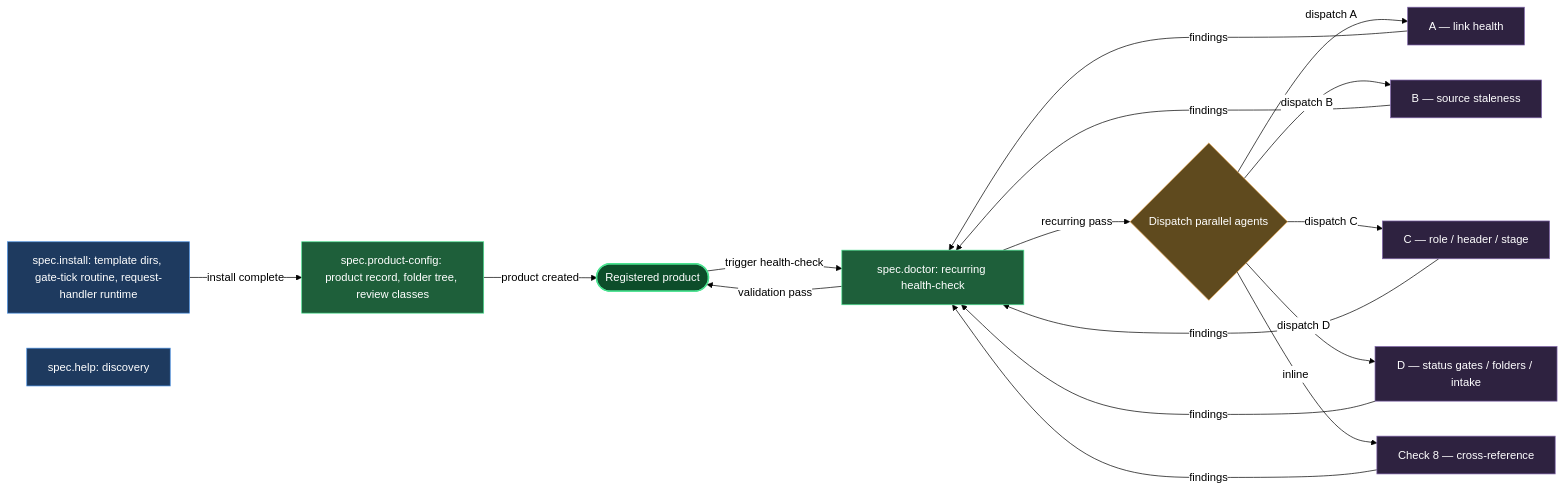
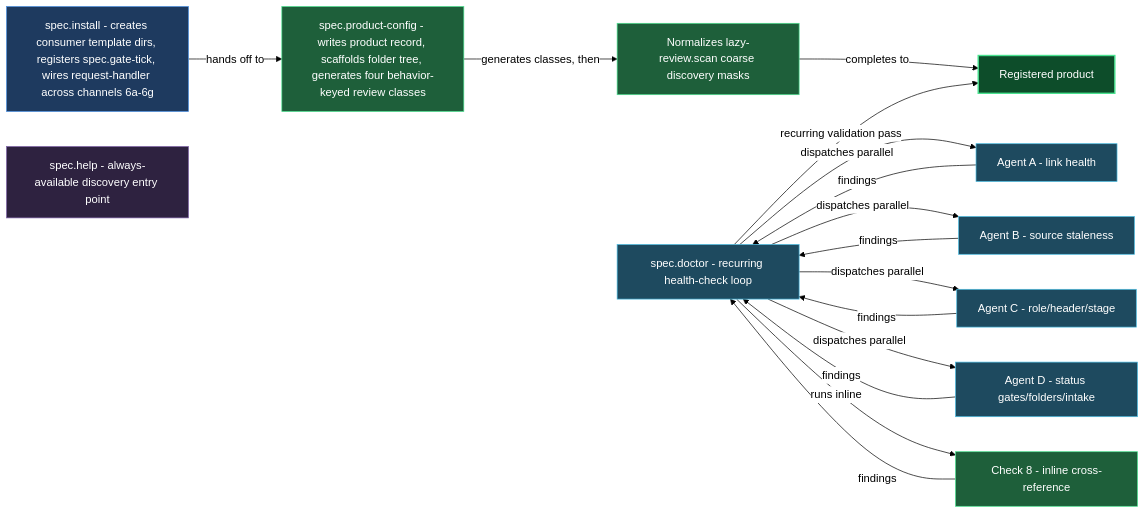
Before and after one commit to mebius-san/lazy-cortex: the diagram in claude/lazycortex-specs/help/install-and-audit.md, drawn with Mermaid. The commit also changed other lines of this file and 37 other files, not shown here.

````diff
--- a/claude/lazycortex-specs/help/install-and-audit.md
+++ b/claude/lazycortex-specs/help/install-and-audit.md
@@ -66,49 +66,48 @@
 ```mermaid
 %%{init: {'themeVariables':{'background':'transparent','lineColor':'#000','textColor':'#000','edgeLabelBackground':'#fff'},'themeCSS':'.edgeLabel{background-color:transparent!important}.edgeLabel p{background-color:transparent!important}','flowchart':{'diagramPadding':5,'useMaxWidth':true}}}%%
 flowchart LR
-  specInstall[spec.install: template dirs, gate-tick routine, request-handler runtime]
-  specProductConfig[spec.product-config: product record, folder tree, review classes]
-  registeredProduct([Registered product])
-  specDoctor[spec.doctor: recurring health-check]
-  parallelChecks{Dispatch parallel agents}
-  checkA[A — link health]
-  checkB[B — source staleness]
-  checkC[C — role / header / stage]
-  checkD[D — status gates / folders / intake]
-  checkCross[Check 8 — cross-reference]
-  specHelp[spec.help: discovery]
+  specInstall[spec.install - creates consumer template dirs, registers spec.gate-tick, wires request-handler across channels 6a-6g]
+  specProductConfig[spec.product-config - writes product record, scaffolds folder tree, generates four behavior-keyed review classes]
+  normalizeScanMasks[Normalizes lazy-review.scan coarse discovery masks]
+  registeredProduct[Registered product]
+  specDoctor[spec.doctor - recurring health-check loop]
+  agentLinkHealth[Agent A - link health]
+  agentSourceStaleness[Agent B - source staleness]
+  agentRoleHeaderStage[Agent C - role/header/stage]
+  agentStatusGates[Agent D - status gates/folders/intake]
+  checkCrossReference[Check 8 - inline cross-reference]
+  specHelp[spec.help - always-available discovery entry point]
 
-  specInstall -->|install complete| specProductConfig
-  specProductConfig -->|product created| registeredProduct
-  registeredProduct -->|trigger health-check| specDoctor
-  specDoctor -->|recurring pass| parallelChecks
-  parallelChecks -->|dispatch A| checkA
-  parallelChecks -->|dispatch B| checkB
-  parallelChecks -->|dispatch C| checkC
-  parallelChecks -->|dispatch D| checkD
-  parallelChecks -->|inline| checkCross
-  checkA -->|findings| specDoctor
-  checkB -->|findings| specDoctor
-  checkC -->|findings| specDoctor
-  checkD -->|findings| specDoctor
-  checkCross -->|findings| specDoctor
-  specDoctor -->|validation pass| registeredProduct
+  specInstall -->|hands off to| specProductConfig
+  specProductConfig -->|generates classes, then| normalizeScanMasks
+  normalizeScanMasks -->|completes to| registeredProduct
+  specDoctor -->|dispatches parallel| agentLinkHealth
+  specDoctor -->|dispatches parallel| agentSourceStaleness
+  specDoctor -->|dispatches parallel| agentRoleHeaderStage
+  specDoctor -->|dispatches parallel| agentStatusGates
+  specDoctor -->|runs inline| checkCrossReference
+  agentLinkHealth -->|findings| specDoctor
+  agentSourceStaleness -->|findings| specDoctor
+  agentRoleHeaderStage -->|findings| specDoctor
+  agentStatusGates -->|findings| specDoctor
+  checkCrossReference -->|findings| specDoctor
+  specDoctor -->|recurring validation pass| registeredProduct
 
   classDef entry fill:#1e3a5f,stroke:#4a90e2,color:#fff
-  classDef guard fill:#5f4a1e,stroke:#e2a14a,color:#fff
   classDef action fill:#1e5f3a,stroke:#4ae290,color:#fff
   classDef success fill:#0d4d2a,stroke:#4ae290,color:#fff,stroke-width:2px
+  classDef service fill:#1e4a5f,stroke:#4abce2,color:#fff
   classDef sub fill:#2e2240,stroke:#7e63a8,color:#fff
 
   class specInstall entry
   class specProductConfig action
+  class normalizeScanMasks action
   class registeredProduct success
-  class specDoctor action
-  class parallelChecks guard
-  class checkA sub
-  class checkB sub
-  class checkC sub
-  class checkD sub
-  class checkCross sub
-  class specHelp entry
+  class specDoctor service
+  class agentLinkHealth service
+  class agentSourceStaleness service
+  class agentRoleHeaderStage service
+  class agentStatusGates service
+  class checkCrossReference action
+  class specHelp sub
 ```
````
